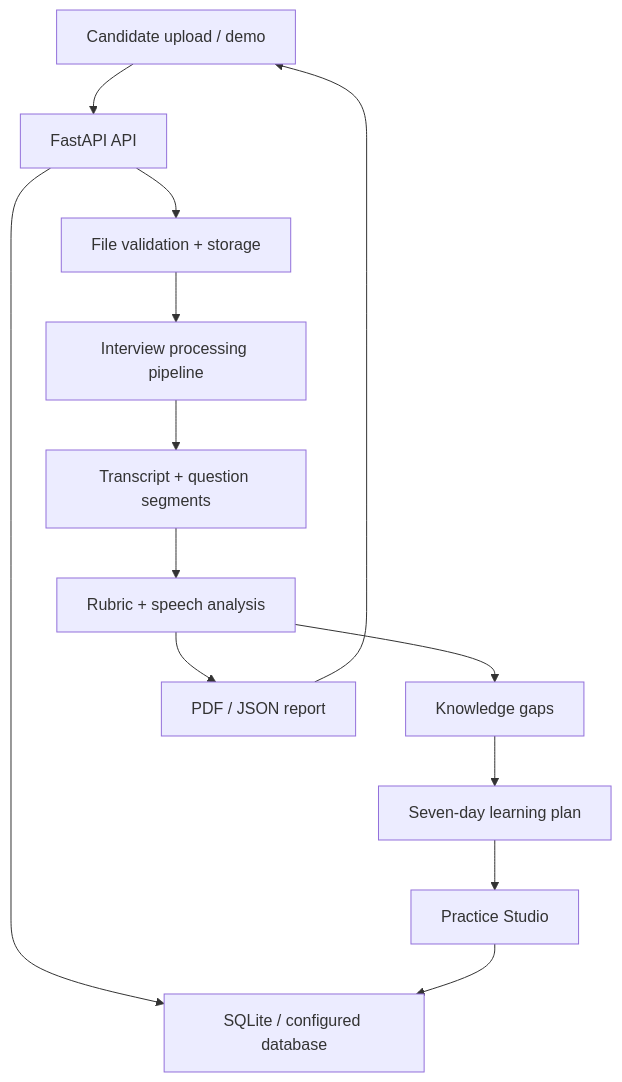
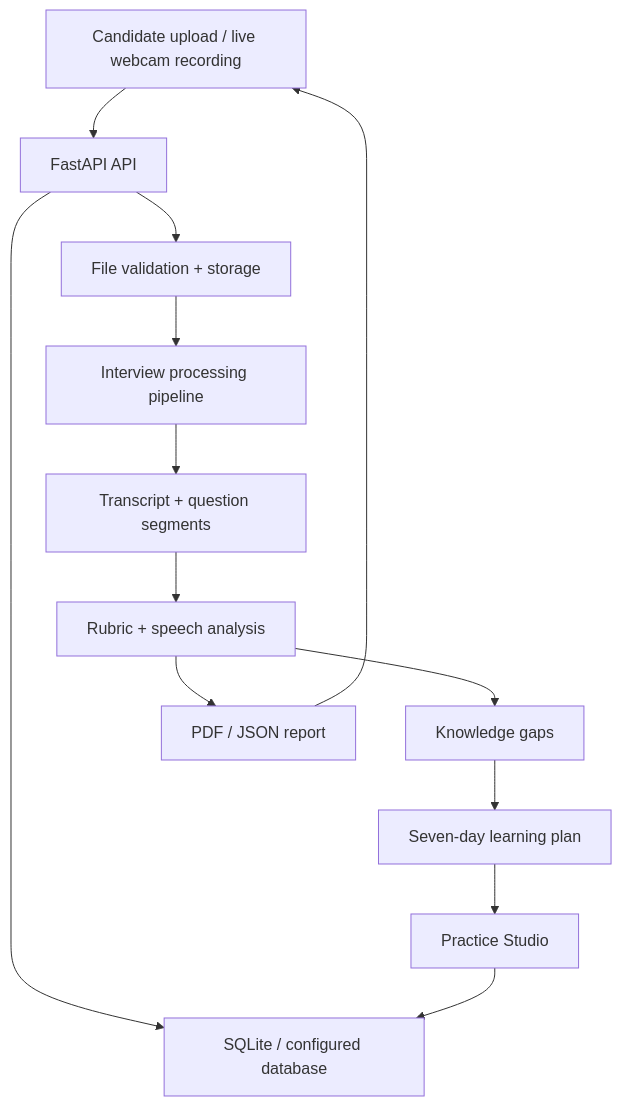
Before and after one commit to FaizanAKhan786/interviewlens-ai: the diagram in README.md, drawn with Mermaid. The commit also changed other lines of this file and 3 other files, not shown here.

````diff
--- a/README.md
+++ b/README.md
@@ -37,15 +40,15 @@
 ```mermaid
 flowchart TD
-    U["Candidate upload / demo"] --> A["FastAPI API"]
+    U["Candidate upload / live webcam recording"] --> A["FastAPI API"]
     A --> V["File validation + storage"]
     A --> DB["SQLite / configured database"]
     V --> P["Interview processing pipeline"]
     P --> T["Transcript + question segments"]
     T --> R["Rubric + speech analysis"]
     R --> G["Knowledge gaps"]
     G --> L["Seven-day learning plan"]
     L --> W["Practice Studio"]
     R --> E["PDF / JSON report"]
     W --> DB
     E --> U
 ```
````
